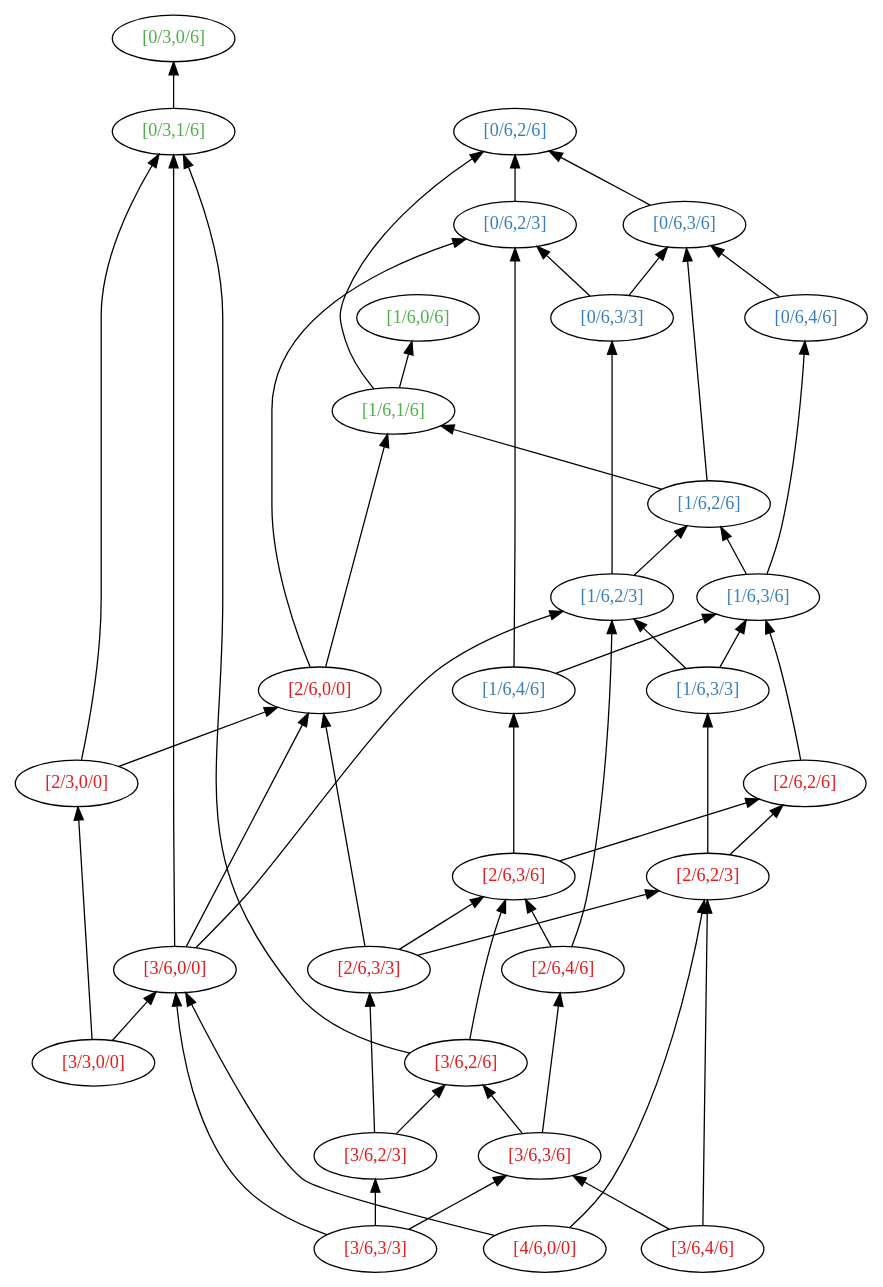
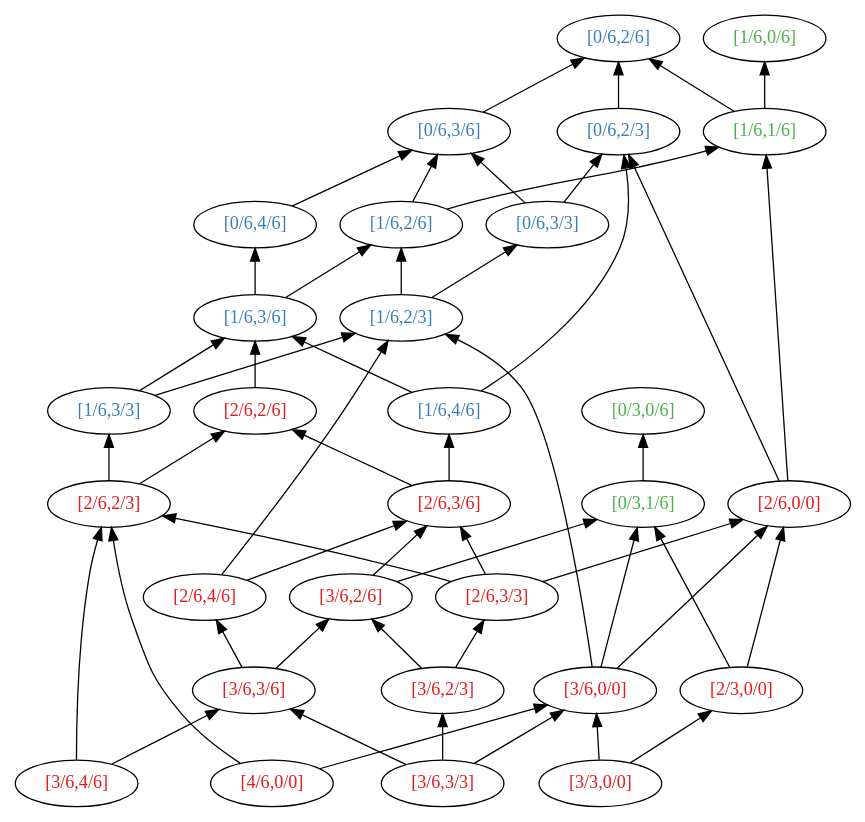
Before and after one commit to Precisfice/DEDUCTION: the diagram in HasseD2.dot, drawn with Graphviz. The commit also changed 3 other files, not shown here.

Commit message:
The correctly stratified Hasse diagrams

```diff
--- a/HasseD2.dot
+++ b/HasseD2.dot
@@ -1,111 +1,101 @@
 strict digraph hasseD2 {
   rankdir=BT;
   node [colorscheme=set14, fontname="Helvetica:bold"];
   { rank=same;
-    "[0/3,0/6]" [fontcolor=3];
-  }
-  { rank=same;
-    "[0/3,1/6]" [fontcolor=3];
     "[0/6,2/6]" [fontcolor=2];
+    "[1/6,0/6]" [fontcolor=3];
   }
   { rank=same;
     "[0/6,2/3]" [fontcolor=2];
     "[0/6,3/6]" [fontcolor=2];
+    "[1/6,1/6]" [fontcolor=3];
   }
   { rank=same;
     "[0/6,3/3]" [fontcolor=2];
     "[0/6,4/6]" [fontcolor=2];
-    "[1/6,0/6]" [fontcolor=3];
-  }
-  { rank=same;
-    "[1/6,1/6]" [fontcolor=3];
-  }
-  { rank=same;
     "[1/6,2/6]" [fontcolor=2];
   }
   { rank=same;
     "[1/6,2/3]" [fontcolor=2];
     "[1/6,3/6]" [fontcolor=2];
   }
   { rank=same;
+    "[0/3,0/6]" [fontcolor=3];
     "[1/6,3/3]" [fontcolor=2];
     "[1/6,4/6]" [fontcolor=2];
-    "[2/6,0/0]" [fontcolor=1];
-  }
-  { rank=same;
-    "[2/3,0/0]" [fontcolor=1];
     "[2/6,2/6]" [fontcolor=1];
   }
   { rank=same;
+    "[0/3,1/6]" [fontcolor=3];
+    "[2/6,0/0]" [fontcolor=1];
     "[2/6,2/3]" [fontcolor=1];
     "[2/6,3/6]" [fontcolor=1];
   }
   { rank=same;
     "[2/6,3/3]" [fontcolor=1];
     "[2/6,4/6]" [fontcolor=1];
-    "[3/6,0/0]" [fontcolor=1];
-  }
-  { rank=same;
-    "[3/3,0/0]" [fontcolor=1];
     "[3/6,2/6]" [fontcolor=1];
   }
   { rank=same;
+    "[2/3,0/0]" [fontcolor=1];
+    "[3/6,0/0]" [fontcolor=1];
     "[3/6,2/3]" [fontcolor=1];
     "[3/6,3/6]" [fontcolor=1];
   }
   { rank=same;
+    "[3/3,0/0]" [fontcolor=1];
     "[3/6,3/3]" [fontcolor=1];
     "[3/6,4/6]" [fontcolor=1];
     "[4/6,0/0]" [fontcolor=1];
   }
   "[4/6,0/0]" -> "[3/6,0/0]";
   "[4/6,0/0]" -> "[2/6,2/3]";
   "[3/6,4/6]" -> "[3/6,3/6]";
   "[3/6,4/6]" -> "[2/6,2/3]";
   "[3/6,3/3]" -> "[3/6,3/6]";
   "[3/6,3/3]" -> "[3/6,2/3]";
   "[3/6,3/3]" -> "[3/6,0/0]";
   "[3/6,3/6]" -> "[3/6,2/6]";
   "[3/6,3/6]" -> "[2/6,4/6]";
   "[3/6,2/3]" -> "[3/6,2/6]";
   "[3/6,2/3]" -> "[2/6,3/3]";
   "[3/6,2/6]" -> "[2/6,3/6]";
   "[3/6,2/6]" -> "[0/3,1/6]";
   "[3/3,0/0]" -> "[3/6,0/0]";
   "[3/3,0/0]" -> "[2/3,0/0]";
   "[3/6,0/0]" -> "[2/6,0/0]";
   "[3/6,0/0]" -> "[1/6,2/3]";
   "[3/6,0/0]" -> "[0/3,1/6]";
   "[2/6,4/6]" -> "[2/6,3/6]";
   "[2/6,4/6]" -> "[1/6,2/3]";
   "[2/6,3/3]" -> "[2/6,3/6]";
   "[2/6,3/3]" -> "[2/6,2/3]";
   "[2/6,3/3]" -> "[2/6,0/0]";
   "[2/6,3/6]" -> "[2/6,2/6]";
   "[2/6,3/6]" -> "[1/6,4/6]";
   "[2/6,2/3]" -> "[2/6,2/6]";
   "[2/6,2/3]" -> "[1/6,3/3]";
   "[2/6,2/6]" -> "[1/6,3/6]";
   "[2/3,0/0]" -> "[2/6,0/0]";
   "[2/3,0/0]" -> "[0/3,1/6]";
   "[2/6,0/0]" -> "[1/6,1/6]";
   "[2/6,0/0]" -> "[0/6,2/3]";
   "[1/6,4/6]" -> "[1/6,3/6]";
   "[1/6,4/6]" -> "[0/6,2/3]";
   "[1/6,3/3]" -> "[1/6,3/6]";
   "[1/6,3/3]" -> "[1/6,2/3]";
   "[1/6,3/6]" -> "[1/6,2/6]";
   "[1/6,3/6]" -> "[0/6,4/6]";
   "[1/6,2/3]" -> "[1/6,2/6]";
   "[1/6,2/3]" -> "[0/6,3/3]";
   "[1/6,2/6]" -> "[1/6,1/6]";
   "[1/6,2/6]" -> "[0/6,3/6]";
   "[1/6,1/6]" -> "[1/6,0/6]";
   "[1/6,1/6]" -> "[0/6,2/6]";
   "[0/6,4/6]" -> "[0/6,3/6]";
   "[0/6,3/3]" -> "[0/6,3/6]";
   "[0/6,3/3]" -> "[0/6,2/3]";
   "[0/6,3/6]" -> "[0/6,2/6]";
   "[0/6,2/3]" -> "[0/6,2/6]";
   "[0/3,1/6]" -> "[0/3,0/6]";
 }
```
